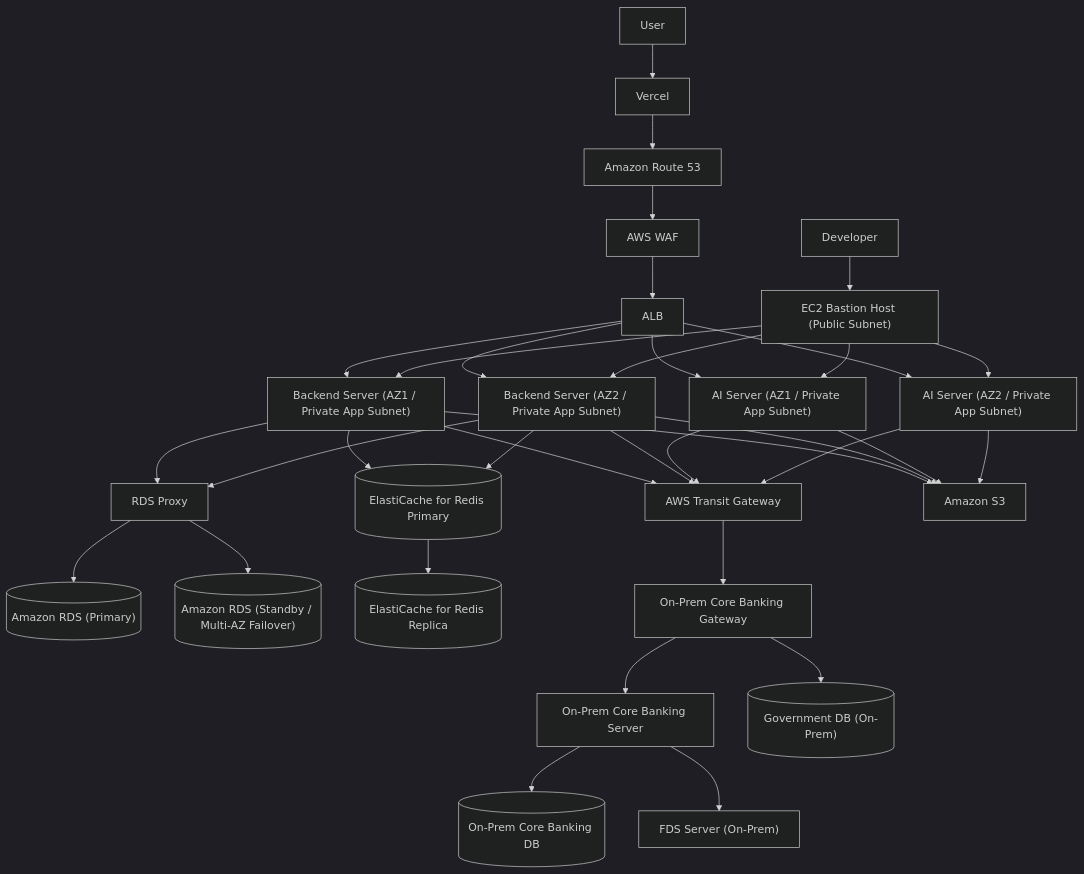
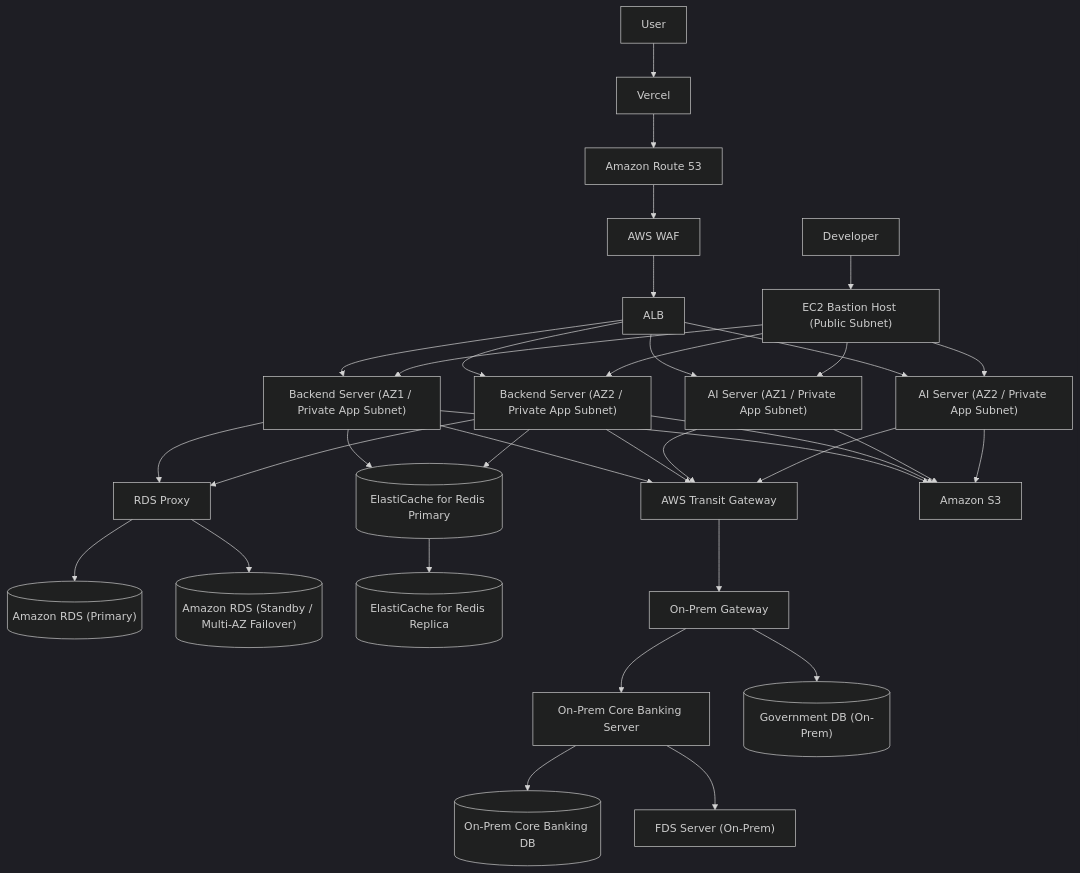
One commit to jaepar/NOVA changed the third of 4 diagrams in AGENTS.md. Above: the diagram before and after it, drawn with Mermaid (dark theme). The commit also changed other lines of this file, not shown here.

````diff
--- a/AGENTS.md
+++ b/AGENTS.md
@@ -36,44 +38,44 @@
 ```mermaid
 flowchart TD
     Dev["Developer"] --> Bastion["EC2 Bastion Host (Public Subnet)"]
 
     User["User"] --> Vercel["Vercel"]
     Vercel --> DNS["Amazon Route 53"]
     DNS --> WAF["AWS WAF"]
     WAF --> ALB["ALB"]
 
     ALB --> BEAZ1["Backend Server (AZ1 / Private App Subnet)"]
     ALB --> BEAZ2["Backend Server (AZ2 / Private App Subnet)"]
     ALB --> AIAZ1["AI Server (AZ1 / Private App Subnet)"]
     ALB --> AIAZ2["AI Server (AZ2 / Private App Subnet)"]
 
     Bastion --> BEAZ1
     Bastion --> BEAZ2
     Bastion --> AIAZ1
     Bastion --> AIAZ2
 
     BEAZ1 --> RDSProxy["RDS Proxy"]
     BEAZ2 --> RDSProxy
     RDSProxy --> RDSPrimary[("Amazon RDS (Primary)")]
     RDSProxy --> RDSStandby[("Amazon RDS (Standby / Multi-AZ Failover)")]
 
     BEAZ1 --> RedisPrimary[("ElastiCache for Redis Primary")]
     BEAZ2 --> RedisPrimary
     RedisPrimary --> RedisReplica[("ElastiCache for Redis Replica")]
 
     BEAZ1 --> TGW["AWS Transit Gateway"]
     BEAZ2 --> TGW
     AIAZ1 --> TGW
     AIAZ2 --> TGW
 
-    TGW --> OnPremGW["On-Prem Core Banking Gateway"]
+    TGW --> OnPremGW["On-Prem Gateway"]
     OnPremGW --> OnPremCBS["On-Prem Core Banking Server"]
     OnPremCBS --> OnPremDB[("On-Prem Core Banking DB")]
     OnPremGW --> GovDB[("Government DB (On-Prem)")]
     OnPremCBS --> FDS["FDS Server (On-Prem)"]
 
     BEAZ1 --> S3["Amazon S3"]
     BEAZ2 --> S3
     AIAZ1 --> S3
     AIAZ2 --> S3
 ```
````
